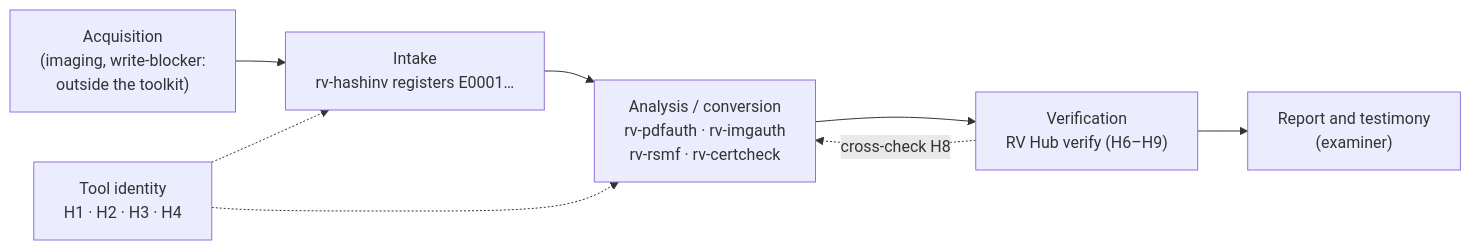
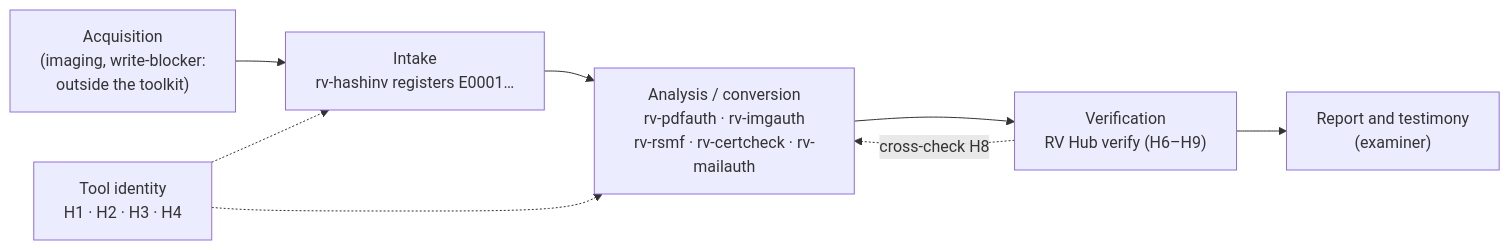
One commit to Panacota96/rv-hub changed the diagram in docs/admissibility.md. Above: the diagram before and after it, drawn with Mermaid. The commit also changed other lines of this file and 8 other files, not shown here.

````diff
--- a/docs/admissibility.md
+++ b/docs/admissibility.md
@@ -83,10 +83,10 @@
 ```mermaid
 flowchart LR
     A["Acquisition<br/>(imaging, write-blocker:<br/>outside the toolkit)"] --> B["Intake<br/>rv-hashinv registers E0001…"]
-    B --> C["Analysis / conversion<br/>rv-pdfauth · rv-imgauth<br/>rv-rsmf · rv-certcheck"]
+    B --> C["Analysis / conversion<br/>rv-pdfauth · rv-imgauth<br/>rv-rsmf · rv-certcheck · rv-mailauth"]
     C --> D["Verification<br/>RV Hub verify (H6–H9)"]
     D --> E["Report and testimony<br/>(examiner)"]
     T["Tool identity<br/>H1 · H2 · H3 · H4"] -.-> B
     T -.-> C
     D -. "cross-check H8" .-> C
 ```
````
